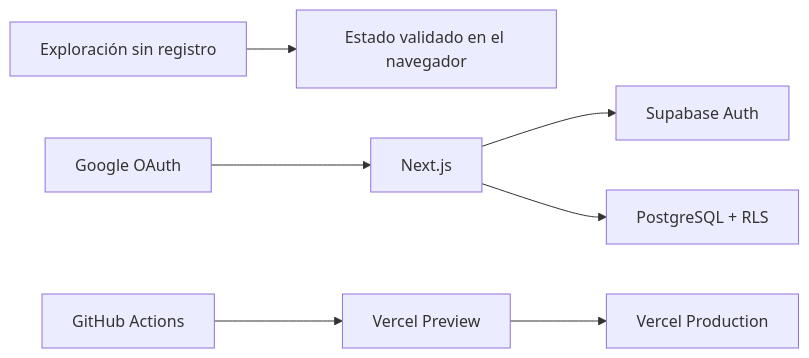
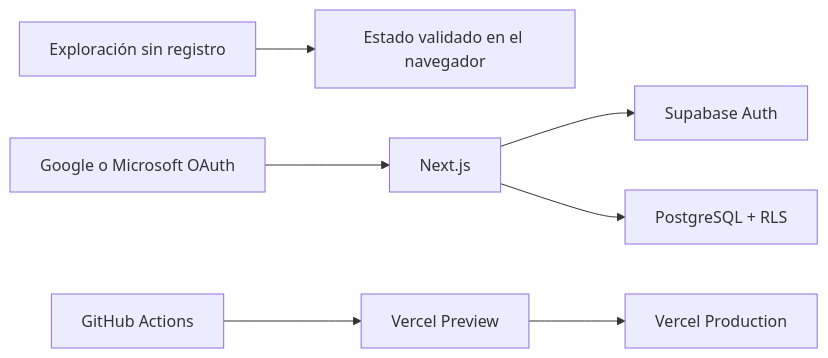
The diagram in README.md (antoniojesusdelgado/management-platform-demo), drawn with Mermaid before and after one commit. The commit also changed other lines of this file and 63 other files, not shown here.

````diff
--- a/README.md
+++ b/README.md
@@ -52,9 +52,9 @@
 ```mermaid
 flowchart LR
   guest["Exploración sin registro"] --> session["Estado validado en el navegador"]
-  user["Google OAuth"] --> app["Next.js"]
+  user["Google o Microsoft OAuth"] --> app["Next.js"]
   app --> auth["Supabase Auth"]
   app --> db["PostgreSQL + RLS"]
   github["GitHub Actions"] --> preview["Vercel Preview"]
   preview --> production["Vercel Production"]
 ```
````
